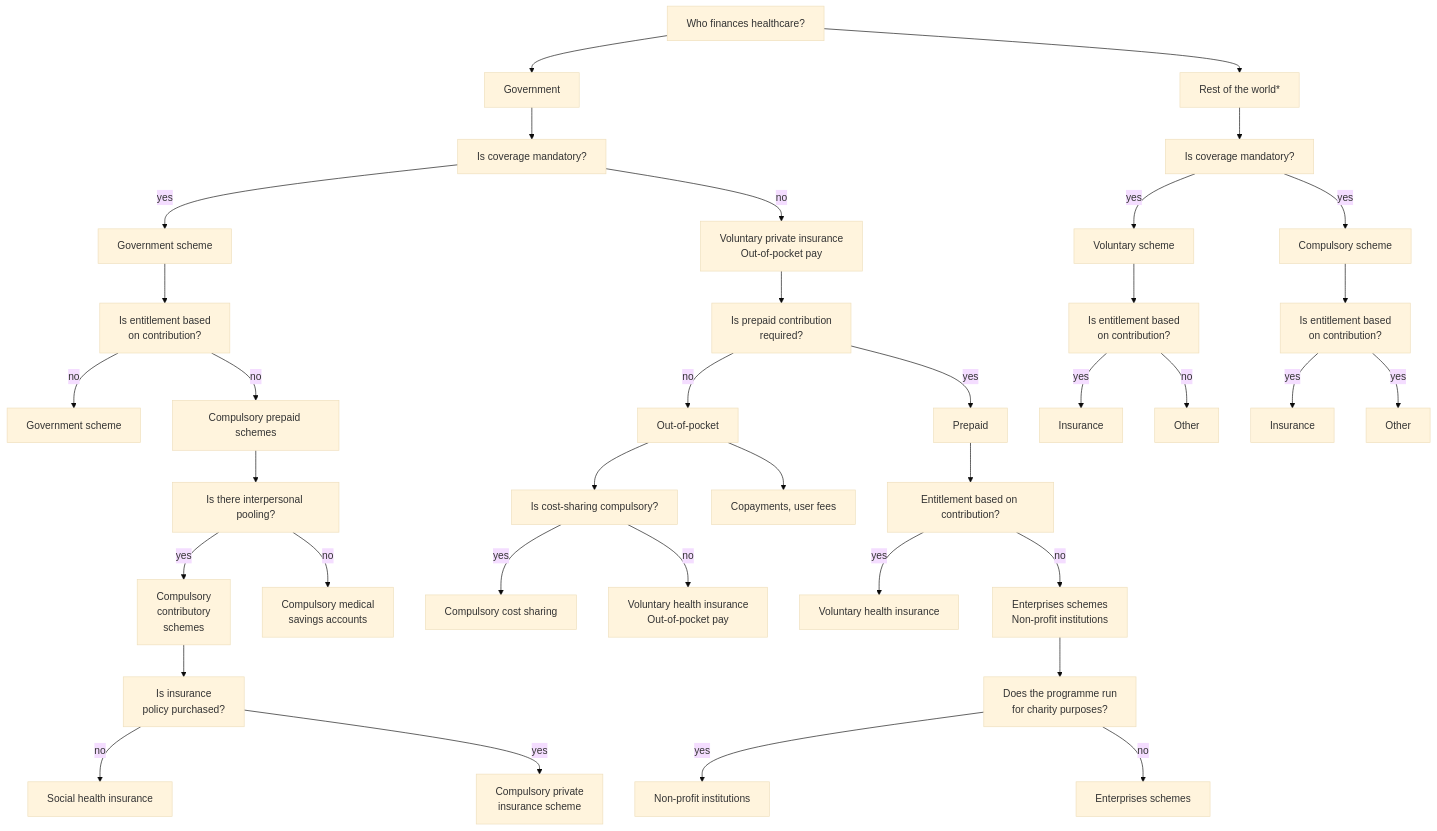
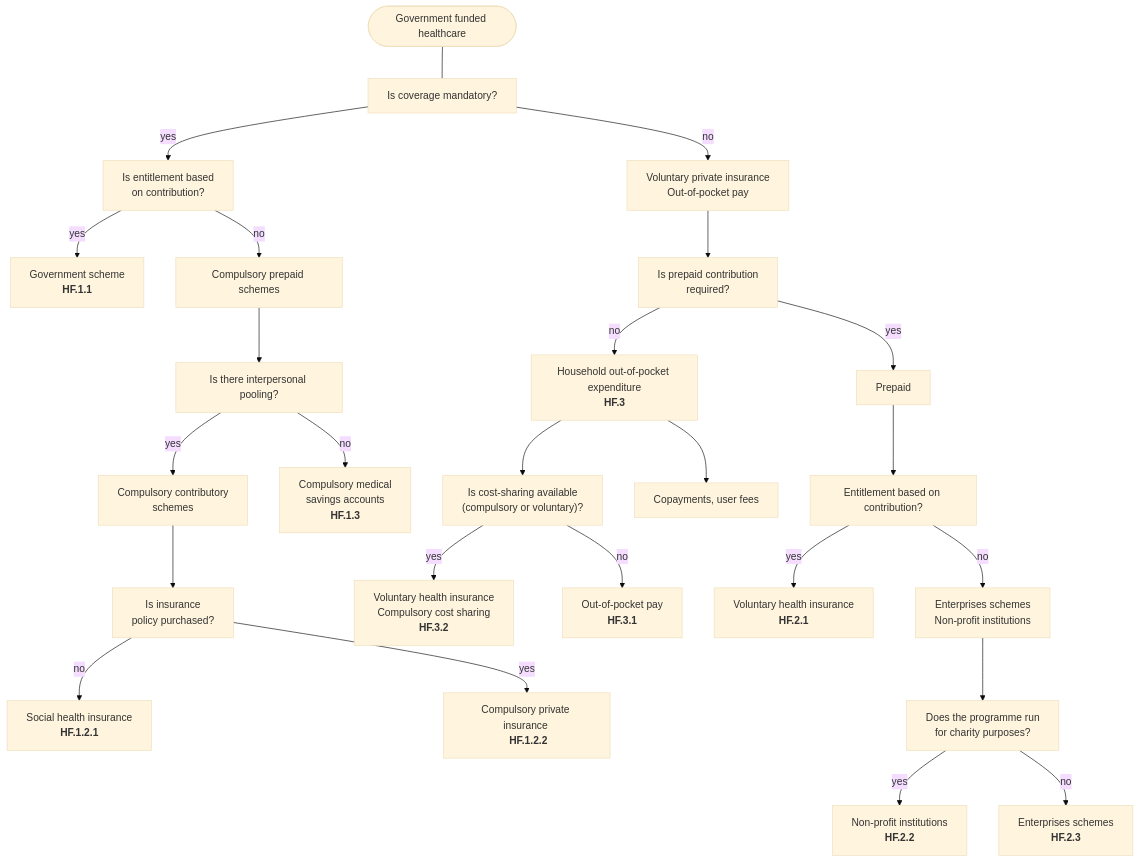
The diagram in posts/healthcare-funding/index.qmd (bisacciamd/bisacciamd.github.io), drawn with Mermaid (base theme) before and after one commit. The commit also changed other lines of this file and 2 other files, not shown here.

Commit message:
amended mermaid chart post

````diff
--- a/posts/healthcare-funding/index.qmd
+++ b/posts/healthcare-funding/index.qmd
@@ -98,41 +98,29 @@
 ```{mermaid}
-flowchart TD
-    A[Who finances healthcare?]
-    A --> C[Government]
-    A --> ROW[Rest of the world*]
-    C --> F[Is coverage mandatory?]
-    F -->|yes| a[Government scheme] 
+graph TD
+    
+    title([Government funded healthcare]) --- F[Is coverage mandatory?]
+    F -->|yes| d[Is entitlement based \n on contribution?]
     F -->|no| b[Voluntary private insurance \n Out-of-pocket pay] 
-    a --> d[Is entitlement based \n on contribution?]
-    d -->|no| h[Government scheme]
+    d -->|yes| h[Government scheme\n<b>HF.1.1</b>]
     d -->|no| u[Compulsory prepaid schemes]
     u --> pooling[Is there interpersonal pooling?]
-    pooling -->|yes| compcontr[Compulsory \n contributory \n schemes]
+    pooling -->|yes| compcontr[Compulsory contributory \n schemes]
     compcontr --> policy[Is insurance\npolicy purchased?]
-    policy -->|no| shi[Social health insurance]
-    policy -->|yes| comppri[Compulsory private\ninsurance scheme]
-    pooling -->|no| cmsa[Compulsory medical \n savings accounts]
+    policy -->|no| shi["Social health insurance \n <b>HF.1.2.1</b>"]
+    policy -->|yes| comppri[Compulsory private insurance \n <b>HF.1.2.2</b>]
+    pooling -->|no| cmsa[Compulsory medical \n savings accounts \n <b>HF.1.3</b>]
     b --> c[Is prepaid contribution \n required?]
     c -->|yes| e[Prepaid]
-    c -->|no| oop[Out-of-pocket]
-    oop --> cs[Is cost-sharing compulsory?]
+    c -->|no| oop[Household out-of-pocket expenditure\n<b>HF.3</b>]
+    oop --> cs["Is cost-sharing available\n(compulsory or voluntary)?"]
     oop --> cop[Copayments, user fees] 
-    cs -->|yes| ccs[Compulsory cost sharing]
-    cs -->|no| vhi[Voluntary health insurance \n Out-of-pocket pay]
+    cs -->|yes| ccs[Voluntary health insurance \n Compulsory cost sharing\n<b>HF.3.2</b>]
+    cs -->|no| oop2[Out-of-pocket pay\n<b>HF.3.1</b>]
     e --> f[Entitlement based on contribution?]
-    f -->|yes| vol[Voluntary health insurance]
+    f -->|yes| vol[Voluntary health insurance\n<b>HF.2.1</b>]
     f -->|no| ent[Enterprises schemes \n Non-profit institutions]
     ent --> char[Does the programme run \n for charity purposes?]
-    char -->|yes| nonpr[Non-profit institutions]
-    char -->|no| pr[Enterprises schemes]
-    ROW --> cov[Is coverage mandatory?]
-    cov -->|yes| comprow[Compulsory scheme]
-    cov -->|yes| volrow[Voluntary scheme]
-    volrow --> contr[Is entitlement based \n on contribution?]
-    contr -->|yes| q[Insurance]
-    comprow --> contrcomp[Is entitlement based \n on contribution?]
-    contr -->|no| l[Other]
-    contrcomp -->|yes| p[Insurance]
-    contrcomp -->|yes| x[Other]
-
+    char -->|yes| nonpr[Non-profit institutions\n<b>HF.2.2</b>]
+    char -->|no| pr[Enterprises schemes\n<b>HF.2.3</b>]
+    
 ```
````
